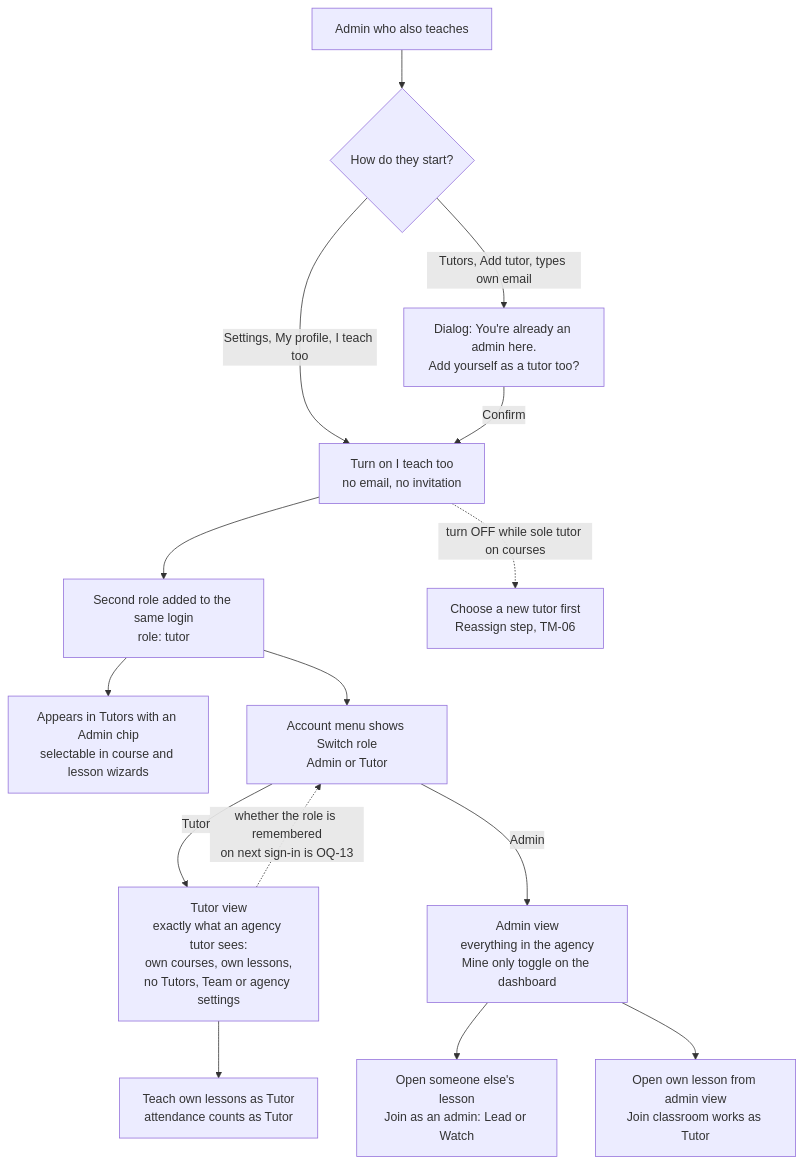
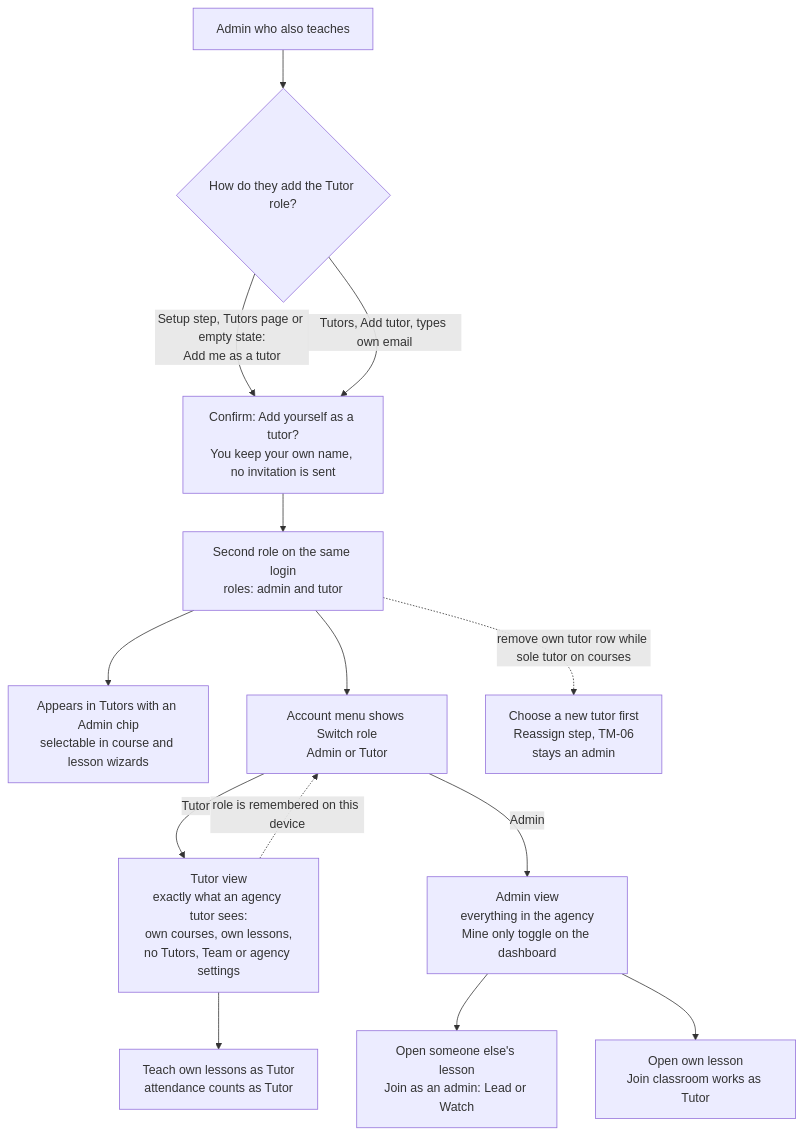
The diagram in docs/design/user-flows/diagrams/src/20-dual-role.mmd (KingUsang/Kanvise), drawn with Mermaid before and after one commit. The commit also changed 24 other files, not shown here.

Commit message:
docs(design): approve D-22, remove I teach too (D-29), add Add me as a tutor and Switch role across specs, flows and QA

```diff
--- a/docs/design/user-flows/diagrams/src/20-dual-role.mmd
+++ b/docs/design/user-flows/diagrams/src/20-dual-role.mmd
@@ -1,15 +1,14 @@
 flowchart TD
-  A["Admin who also teaches"] --> B{"How do they start?"}
-  B -->|"Settings, My profile, I teach too"| C["Turn on I teach too<br/>no email, no invitation"]
-  B -->|"Tutors, Add tutor, types own email"| D["Dialog: You're already an admin here.<br/>Add yourself as a tutor too?"]
-  D -->|"Confirm"| C
-  C --> E["Second role added to the same login<br/>role: tutor"]
+  A["Admin who also teaches"] --> B{"How do they add the Tutor role?"}
+  B -->|"Setup step, Tutors page or empty state:<br/>Add me as a tutor"| C["Confirm: Add yourself as a tutor?<br/>You keep your own name, no invitation is sent"]
+  B -->|"Tutors, Add tutor, types own email"| C
+  C --> E["Second role on the same login<br/>roles: admin and tutor"]
   E --> F["Appears in Tutors with an Admin chip<br/>selectable in course and lesson wizards"]
   E --> G["Account menu shows Switch role<br/>Admin or Tutor"]
   G -->|"Tutor"| H["Tutor view<br/>exactly what an agency tutor sees:<br/>own courses, own lessons,<br/>no Tutors, Team or agency settings"]
   G -->|"Admin"| I["Admin view<br/>everything in the agency<br/>Mine only toggle on the dashboard"]
   H --> J["Teach own lessons as Tutor<br/>attendance counts as Tutor"]
   I --> K["Open someone else's lesson<br/>Join as an admin: Lead or Watch"]
-  I --> L["Open own lesson from admin view<br/>Join classroom works as Tutor"]
-  C -.->|"turn OFF while sole tutor on courses"| M["Choose a new tutor first<br/>Reassign step, TM-06"]
-  H -.->|"whether the role is remembered<br/>on next sign-in is OQ-13"| G
+  I --> L["Open own lesson<br/>Join classroom works as Tutor"]
+  E -.->|"remove own tutor row while sole tutor on courses"| M["Choose a new tutor first<br/>Reassign step, TM-06<br/>stays an admin"]
+  H -.->|"role is remembered on this device"| G
```
